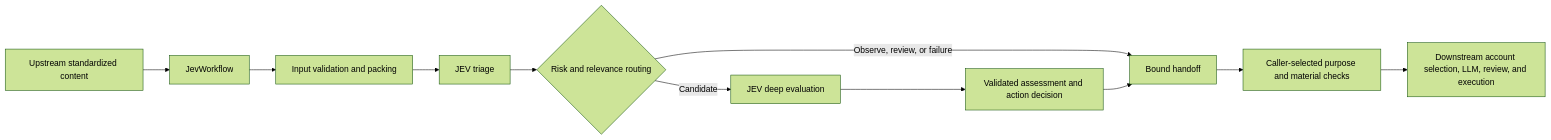
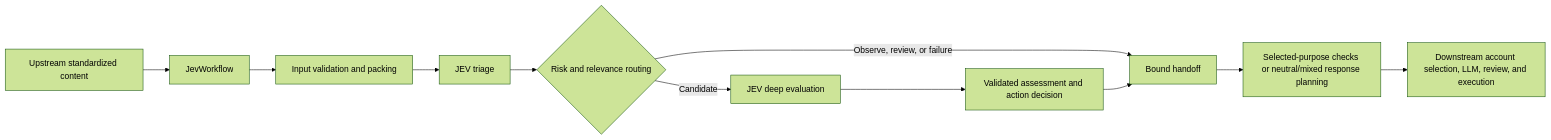
The diagram in README.md (Moriaty911/CTN2026), drawn with Mermaid (forest theme) before and after one commit. The commit also changed other lines of this file and 17 other files, not shown here.

````diff
--- a/README.md
+++ b/README.md
@@ -24,13 +24,13 @@
 ```mermaid
 flowchart LR
     U[Upstream standardized content] --> W[JevWorkflow]
     W --> I[Input validation and packing]
     I --> T[JEV triage]
     T --> R{Risk and relevance routing}
     R -->|Candidate| D[JEV deep evaluation]
     R -->|Observe, review, or failure| H[Bound handoff]
     D --> A[Validated assessment and action decision]
     A --> H
-    H --> M[Caller-selected purpose and material checks]
+    H --> M[Selected-purpose checks or neutral/mixed response planning]
     M --> L[Downstream account selection, LLM, review, and execution]
 ```
````
